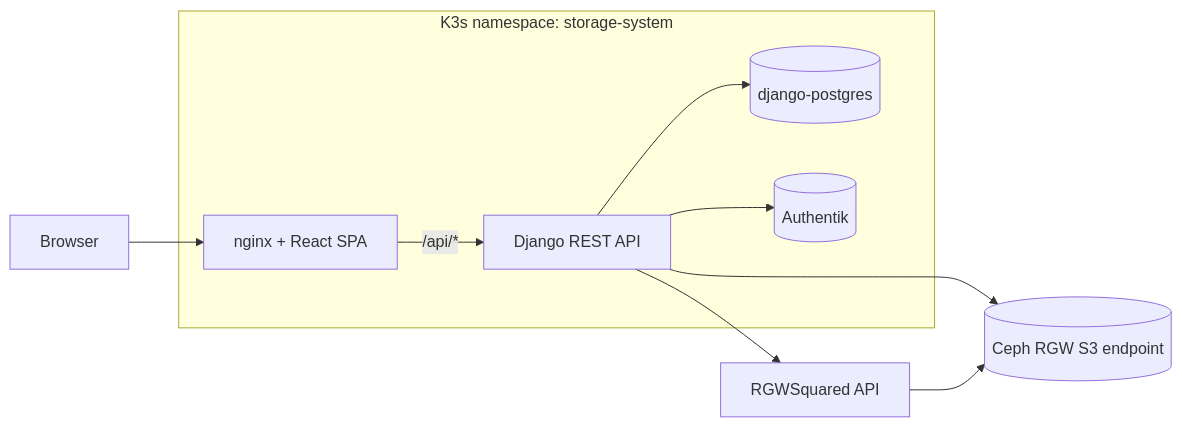
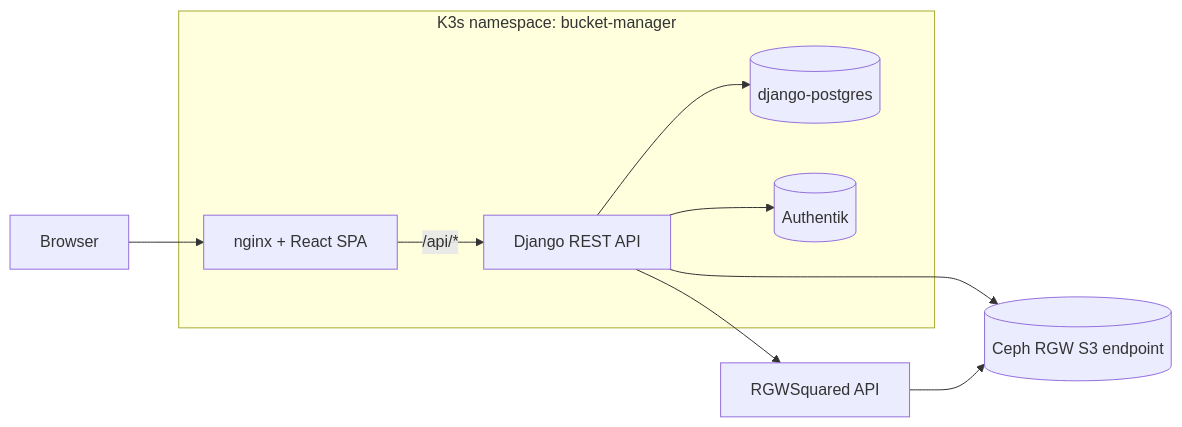
One commit to luisfpal/s3bucket-manager-app changed the first of 2 diagrams in README.md. Above: the diagram before and after it, drawn with Mermaid. The commit also changed other lines of this file and 29 other files, not shown here.

````diff
--- a/README.md
+++ b/README.md
@@ -7,22 +7,22 @@
 ```mermaid
 flowchart LR
     Browser[Browser]
 
-    subgraph K3s[K3s namespace: storage-system]
+    subgraph K3s[K3s namespace: bucket-manager]
       FE[nginx + React SPA]
       BE[Django REST API]
       PG[(django-postgres)]
       AU[(Authentik)]
     end
 
     RGWS[RGWSquared API]
     Ceph[(Ceph RGW S3 endpoint)]
 
     Browser --> FE
     FE -->|/api/*| BE
     BE --> PG
     BE --> AU
     BE --> RGWS
     BE --> Ceph
     RGWS --> Ceph
 ```
````
